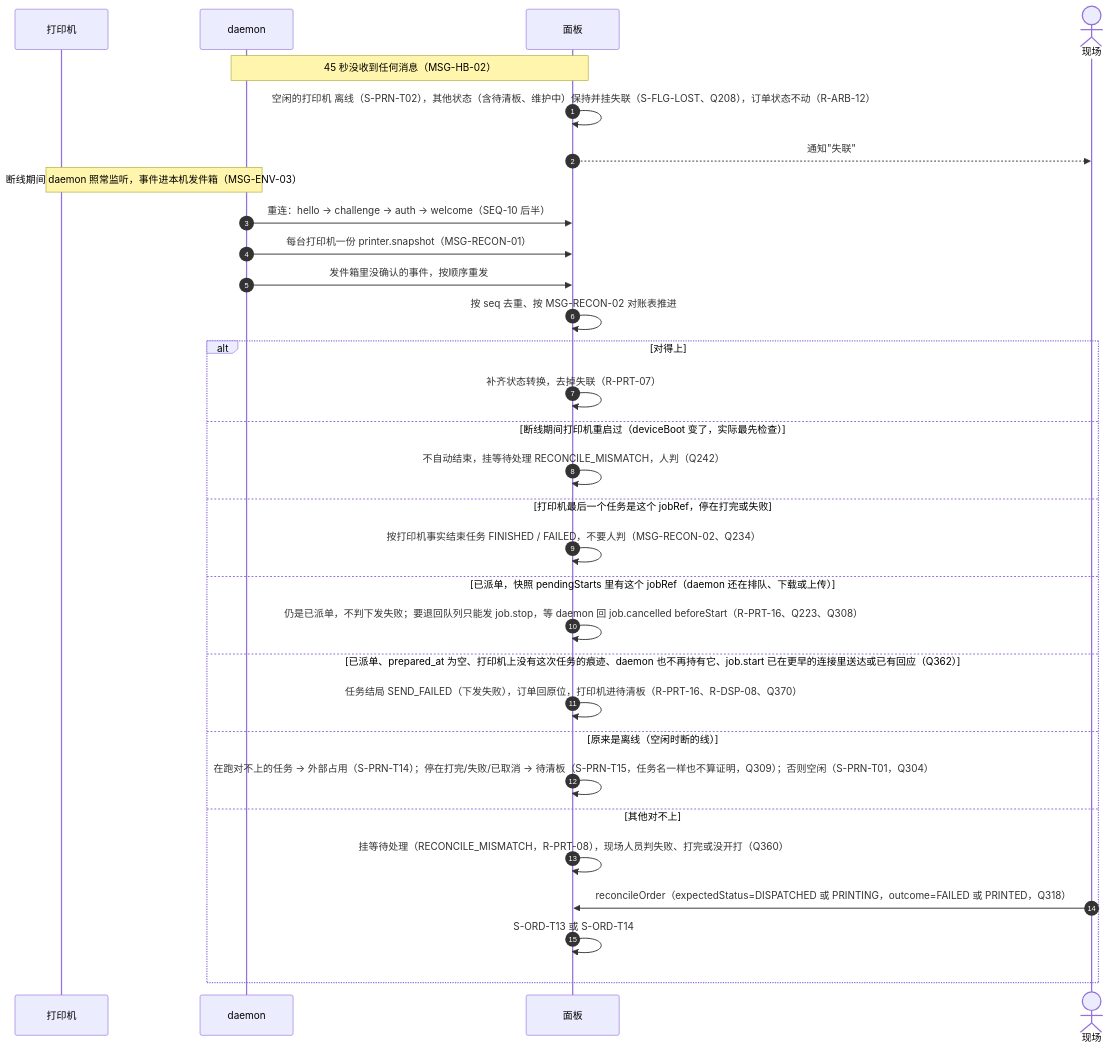
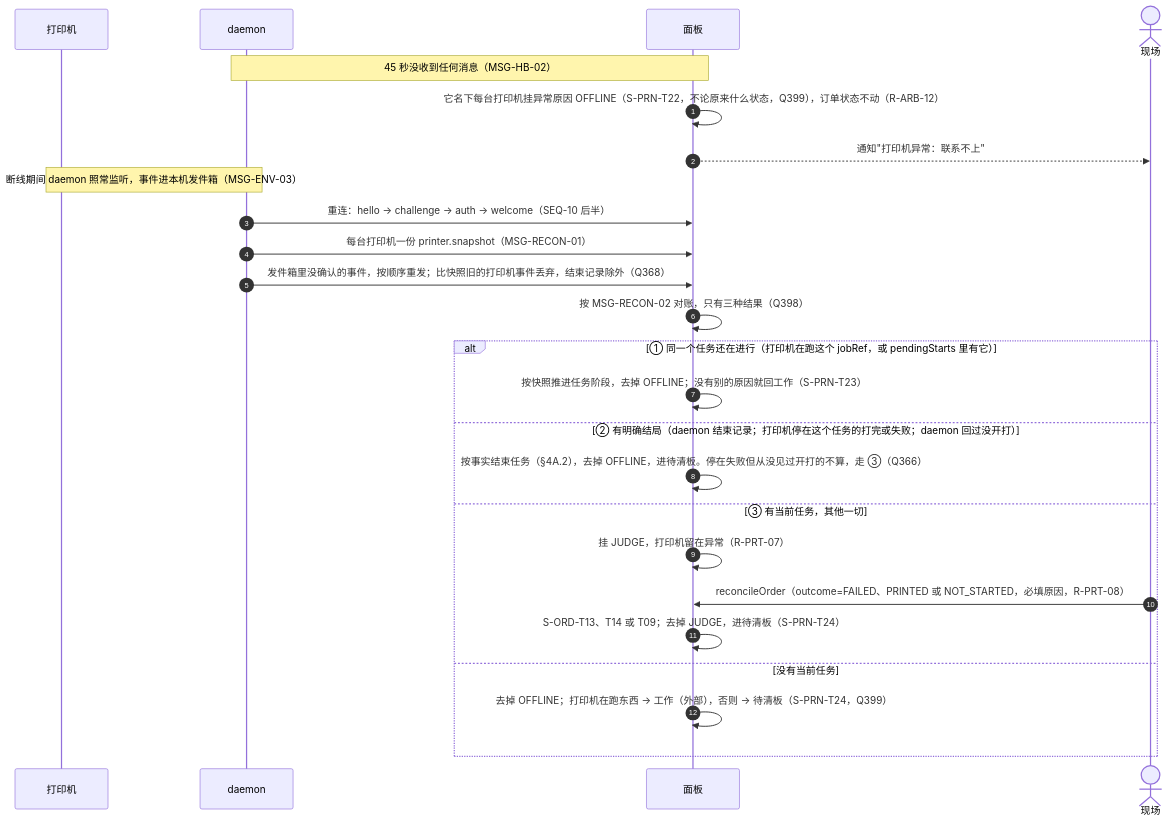
Before and after one commit to PlateRelay/PlateRelay: the sixth of 11 diagrams in docs/design/03-sequences.md, drawn with Mermaid. The commit also changed other lines of this file and 4 other files, not shown here.

First line of the commit message:
docs(design): update sequences and clean up references to removed rules in second draft

````diff
--- a/docs/design/03-sequences.md
+++ b/docs/design/03-sequences.md
@@ -247,33 +247,27 @@
 ```mermaid
 sequenceDiagram
   autonumber
   participant R as 打印机
   participant D as daemon
   participant P as 面板
   actor S as 现场
   Note over D,P: 45 秒没收到任何消息（MSG-HB-02）
-  P->>P: 空闲的打印机 离线（S-PRN-T02），其他状态（含待清板、维护中）保持并挂失联（S-FLG-LOST、Q208），订单状态不动（R-ARB-12）
-  P-->>S: 通知"失联"
+  P->>P: 它名下每台打印机挂异常原因 OFFLINE（S-PRN-T22，不论原来什么状态，Q399），订单状态不动（R-ARB-12）
+  P-->>S: 通知"打印机异常：联系不上"
   Note over R,D: 断线期间 daemon 照常监听，事件进本机发件箱（MSG-ENV-03）
   D->>P: 重连：hello → challenge → auth → welcome（SEQ-10 后半）
   D->>P: 每台打印机一份 printer.snapshot（MSG-RECON-01）
-  D->>P: 发件箱里没确认的事件，按顺序重发
-  P->>P: 按 seq 去重、按 MSG-RECON-02 对账表推进
-  alt 对得上
-    P->>P: 补齐状态转换，去掉失联（R-PRT-07）
-  else 断线期间打印机重启过（deviceBoot 变了，实际最先检查）
-    P->>P: 不自动结束，挂等待处理 RECONCILE_MISMATCH，人判（Q242）
-  else 打印机最后一个任务是这个 jobRef，停在打完或失败
-    P->>P: 按打印机事实结束任务 FINISHED / FAILED，不要人判（MSG-RECON-02、Q234）
-  else 已派单，快照 pendingStarts 里有这个 jobRef（daemon 还在排队、下载或上传）
-    P->>P: 仍是已派单，不判下发失败；要退回队列只能发 job.stop，等 daemon 回 job.cancelled beforeStart（R-PRT-16、Q223、Q308）
-  else 已派单、prepared_at 为空、打印机上没有这次任务的痕迹、daemon 也不再持有它、job.start 已在更早的连接里送达或已有回应（Q362）
-    P->>P: 任务结局 SEND_FAILED（下发失败），订单回原位，打印机进待清板（R-PRT-16、R-DSP-08、Q370）
-  else 原来是离线（空闲时断的线）
-    P->>P: 在跑对不上的任务 → 外部占用（S-PRN-T14）；停在打完/失败/已取消 → 待清板（S-PRN-T15，任务名一样也不算证明，Q309）；否则空闲（S-PRN-T01，Q304）
-  else 其他对不上
-    P->>P: 挂等待处理（RECONCILE_MISMATCH，R-PRT-08），现场人员判失败、打完或没开打（Q360）
-    S->>P: reconcileOrder（expectedStatus=DISPATCHED 或 PRINTING，outcome=FAILED 或 PRINTED，Q318）
-    P->>P: S-ORD-T13 或 S-ORD-T14
+  D->>P: 发件箱里没确认的事件，按顺序重发；比快照旧的打印机事件丢弃，结束记录除外（Q368）
+  P->>P: 按 MSG-RECON-02 对账，只有三种结果（Q398）
+  alt ① 同一个任务还在进行（打印机在跑这个 jobRef，或 pendingStarts 里有它）
+    P->>P: 按快照推进任务阶段，去掉 OFFLINE；没有别的原因就回工作（S-PRN-T23）
+  else ② 有明确结局（daemon 结束记录；打印机停在这个任务的打完或失败；daemon 回过没开打）
+    P->>P: 按事实结束任务（§4A.2），去掉 OFFLINE，进待清板。停在失败但从没见过开打的不算，走 ③（Q366）
+  else ③ 有当前任务，其他一切
+    P->>P: 挂 JUDGE，打印机留在异常（R-PRT-07）
+    S->>P: reconcileOrder（outcome=FAILED、PRINTED 或 NOT_STARTED，必填原因，R-PRT-08）
+    P->>P: S-ORD-T13、T14 或 T09；去掉 JUDGE，进待清板（S-PRN-T24）
+  else 没有当前任务
+    P->>P: 去掉 OFFLINE；打印机在跑东西 → 工作（外部），否则 → 待清板（S-PRN-T24，Q399）
   end
 ```
````
